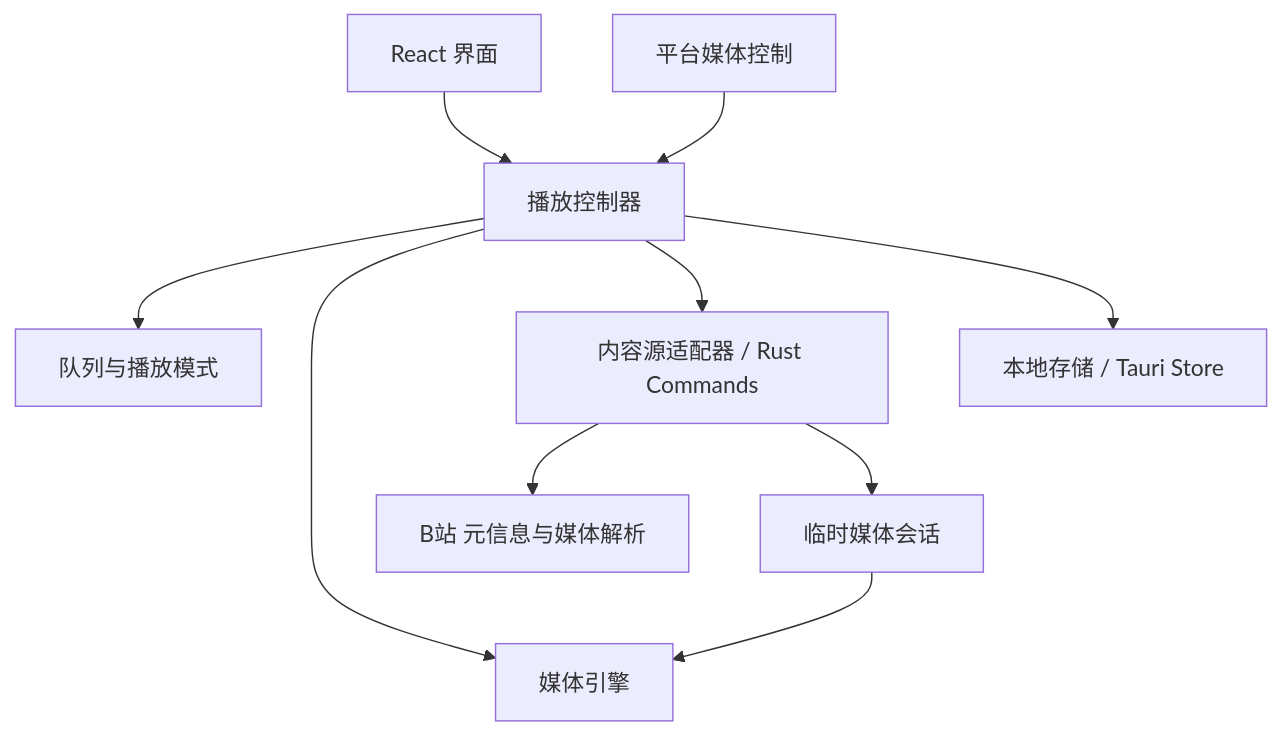
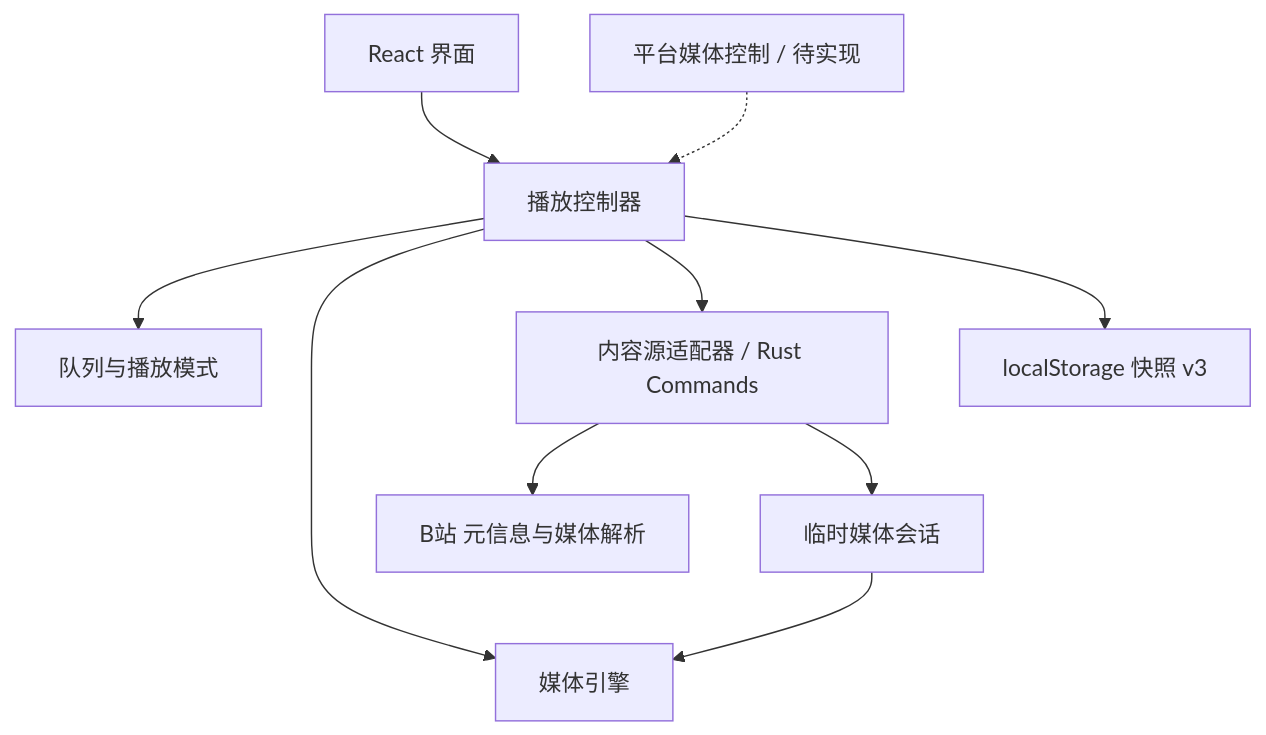
The diagram in docs/project-plan.md (roy2651/bMuisc), drawn with Mermaid before and after one commit. The commit also changed other lines of this file and 2 other files, not shown here.

````diff
--- a/docs/project-plan.md
+++ b/docs/project-plan.md
@@ -82,12 +85,12 @@
 ```mermaid
 flowchart TD
     UI[React 界面] --> Controller[播放控制器]
     Controller --> Queue[队列与播放模式]
     Controller --> Engine[媒体引擎]
     Controller --> Source[内容源适配器 / Rust Commands]
-    Controller --> Storage[本地存储 / Tauri Store]
+    Controller --> Storage[localStorage 快照 v3]
     Source --> Bili[B站 元信息与媒体解析]
     Source --> Session[临时媒体会话]
     Session --> Engine
-    Platform[平台媒体控制] --> Controller
+    Platform[平台媒体控制 / 待实现] -.-> Controller
 ```
````
